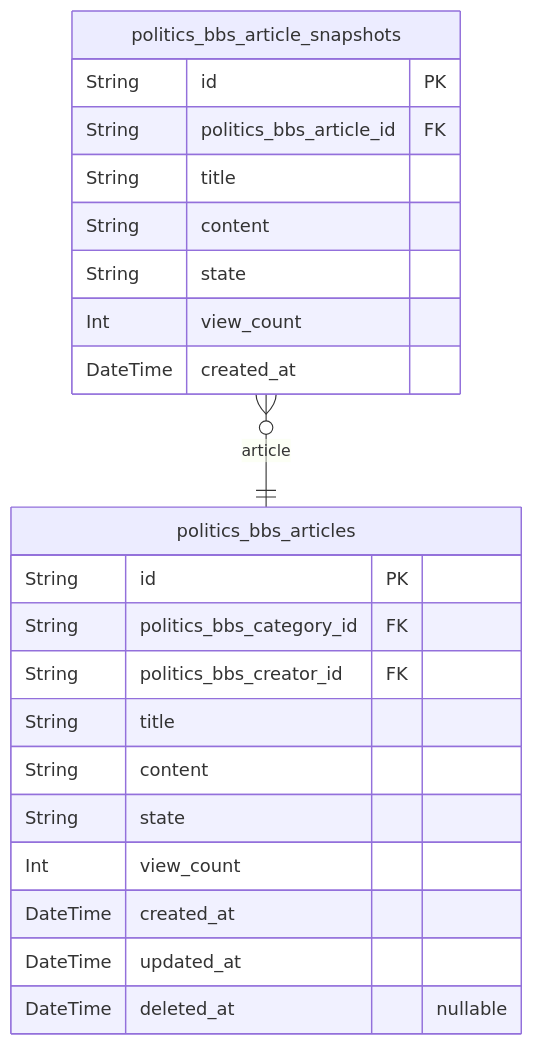
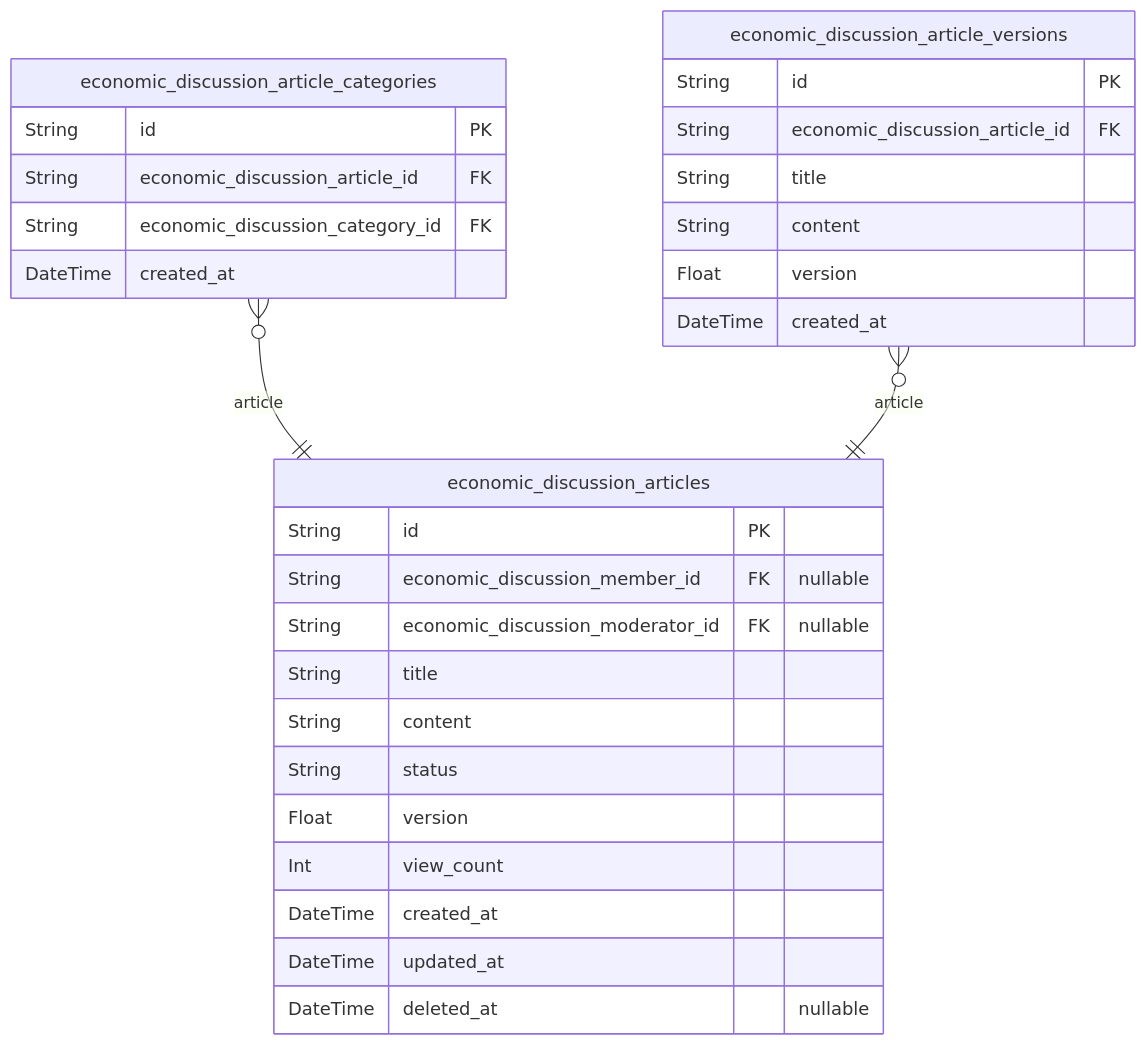
Before and after one commit to wrtnlabs/autobe-examples: the third of 6 diagrams in moonshotai/kimi-k2-0905-exacto/bbs/docs/ERD.md, drawn with Mermaid. The commit also changed other lines of this file and 22498 other files, not shown here.

````diff
--- a/moonshotai/kimi-k2-0905-exacto/bbs/docs/ERD.md
+++ b/moonshotai/kimi-k2-0905-exacto/bbs/docs/ERD.md
@@ -228,25 +320,32 @@
 ```mermaid
 erDiagram
-"politics_bbs_articles" {
+"economic_discussion_articles" {
   String id PK
-  String politics_bbs_category_id FK
-  String politics_bbs_creator_id FK
+  String economic_discussion_member_id FK "nullable"
+  String economic_discussion_moderator_id FK "nullable"
   String title
   String content
-  String state
+  String status
+  Float version
   Int view_count
   DateTime created_at
   DateTime updated_at
   DateTime deleted_at "nullable"
 }
-"politics_bbs_article_snapshots" {
+"economic_discussion_article_categories" {
   String id PK
-  String politics_bbs_article_id FK
+  String economic_discussion_article_id FK
+  String economic_discussion_category_id FK
+  DateTime created_at
+}
+"economic_discussion_article_versions" {
+  String id PK
+  String economic_discussion_article_id FK
   String title
   String content
-  String state
-  Int view_count
+  Float version
   DateTime created_at
 }
-"politics_bbs_article_snapshots" }o--|| "politics_bbs_articles" : article
+"economic_discussion_article_categories" }o--|| "economic_discussion_articles" : article
+"economic_discussion_article_versions" }o--|| "economic_discussion_articles" : article
 ```
````
